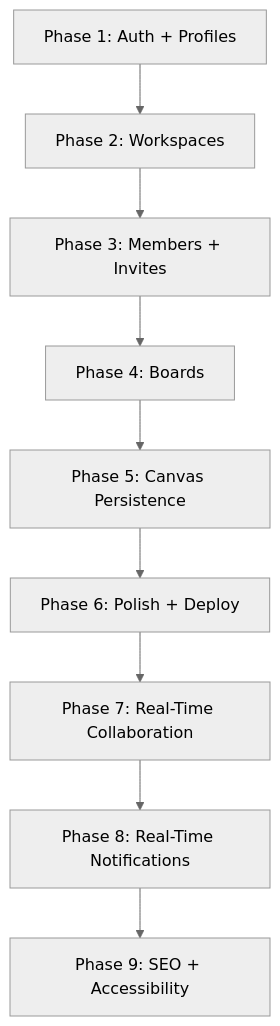
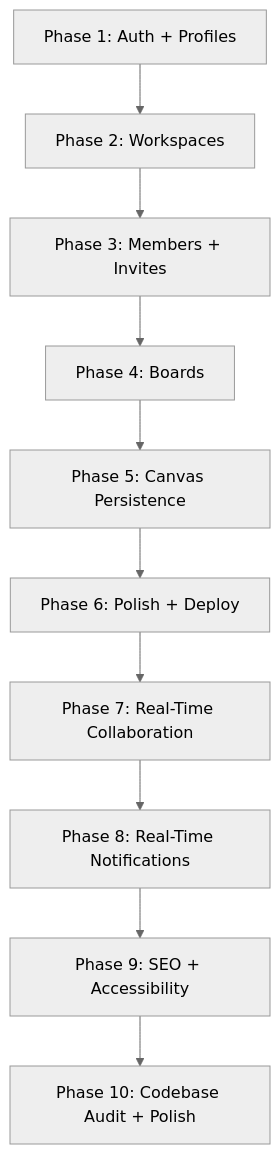
The first of 2 diagrams in docs/PHASES.md (tushar-180/WhiteBoardSaaS2), drawn with Mermaid (neutral theme) before and after one commit. The commit also changed other lines of this file and 29 other files, not shown here.

````diff
--- a/docs/PHASES.md
+++ b/docs/PHASES.md
@@ -26,11 +28,12 @@
 ```mermaid
 graph TD
     P1[Phase 1: Auth + Profiles] --> P2[Phase 2: Workspaces]
     P2 --> P3[Phase 3: Members + Invites]
     P3 --> P4[Phase 4: Boards]
     P4 --> P5[Phase 5: Canvas Persistence]
     P5 --> P6[Phase 6: Polish + Deploy]
     P6 --> P7[Phase 7: Real-Time Collaboration]
     P7 --> P8[Phase 8: Real-Time Notifications]
     P8 --> P9[Phase 9: SEO + Accessibility]
+    P9 --> P10[Phase 10: Codebase Audit + Polish]
 ```
````
